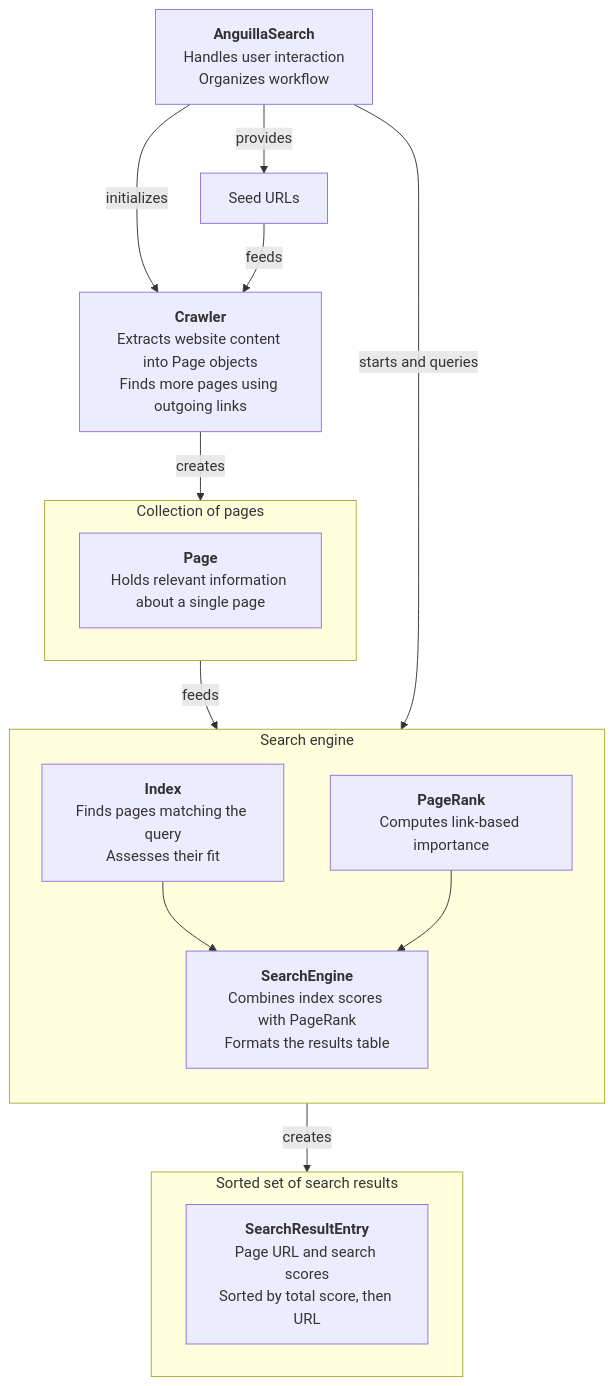
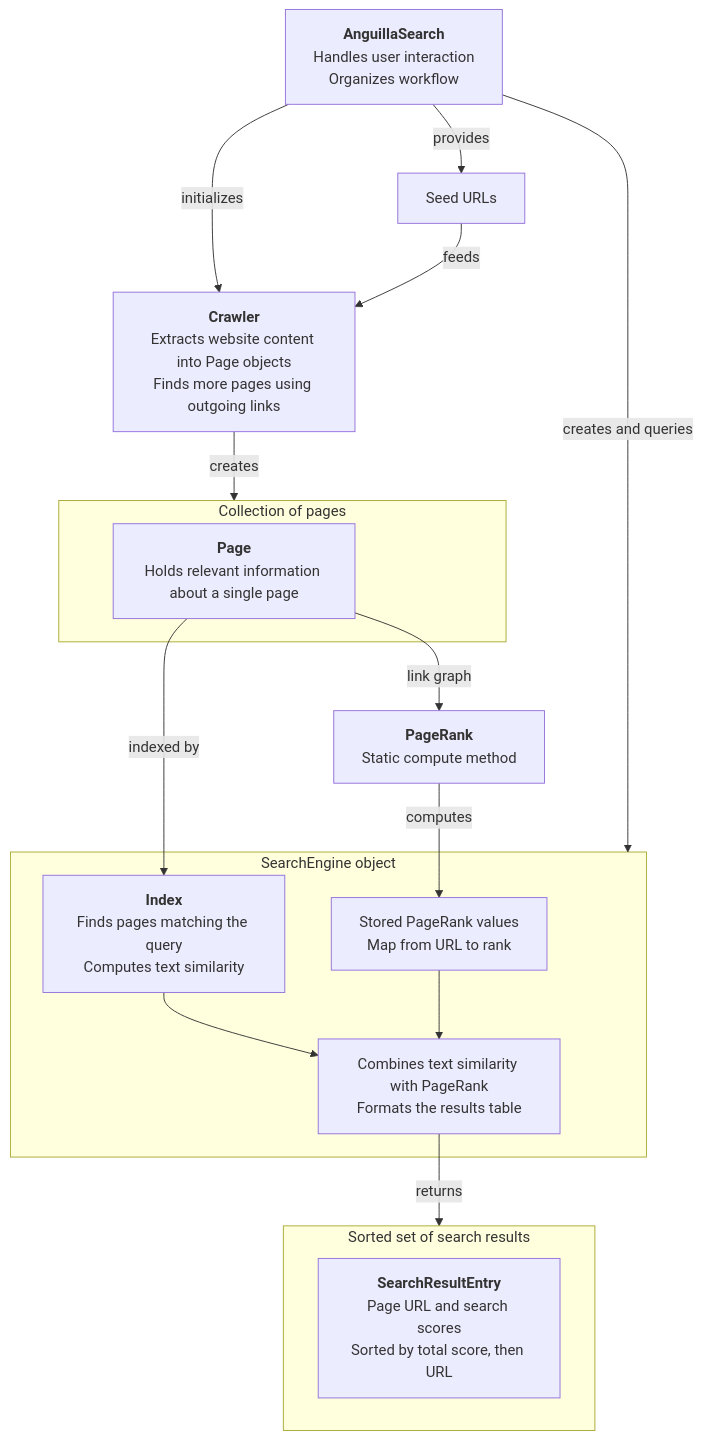
The diagram in docs/architecture.md (alexgreif/anguilla-search), drawn with Mermaid before and after one commit. The commit also changed other lines of this file and 1 other file, not shown here.

Commit message:
Clarify SearchEngine ownership in architecture diagram

````diff
--- a/docs/architecture.md
+++ b/docs/architecture.md
@@ -11,27 +11,29 @@
 ```mermaid
 flowchart TB
     A["<b>AnguillaSearch</b><br/>Handles user interaction<br/>Organizes workflow"]
     Seeds["Seed URLs"]
     C["<b>Crawler</b><br/>Extracts website content into Page objects<br/>Finds more pages using outgoing links"]
     subgraph Pages["Collection of pages"]
         P["<b>Page</b><br/>Holds relevant information about a single page"]
     end
-    subgraph Engine["Search engine"]
-        direction TB
-        E["<b>SearchEngine</b><br/>Combines index scores with PageRank<br/>Formats the results table"]
-        I["<b>Index</b><br/>Finds pages matching the query<br/>Assesses their fit"]
-        PR["<b>PageRank</b><br/>Computes link-based importance"]
+    subgraph Engine["SearchEngine object"]
+        E["Combines text similarity with PageRank<br/>Formats the results table"]
+        I["<b>Index</b><br/>Finds pages matching the query<br/>Computes text similarity"]
+        Ranks["Stored PageRank values<br/>Map from URL to rank"]
         I --> E
-        PR --> E
+        Ranks --> E
     end
+    PR["<b>PageRank</b><br/>Static compute method"]
     subgraph Results["Sorted set of search results"]
         R["<b>SearchResultEntry</b><br/>Page URL and search scores<br/>Sorted by total score, then URL"]
     end
     A -->|provides| Seeds
     A -->|initializes| C
     Seeds -->|feeds| C
     C -->|creates| Pages
-    Pages -->|feeds| Engine
-    A -->|starts and queries| Engine
-    Engine -->|creates| Results
+    P -->|indexed by| I
+    P -->|link graph| PR
+    PR -->|computes| Ranks
+    A -->|creates and queries| Engine
+    E -->|returns| Results
 ```
````
